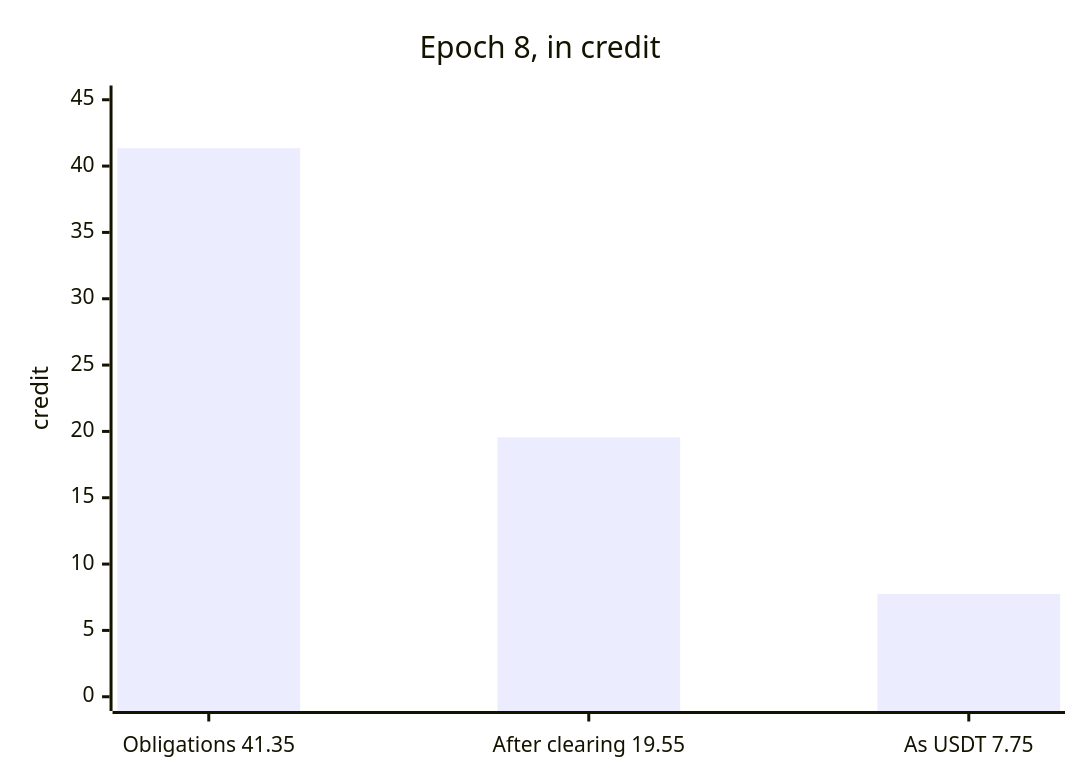
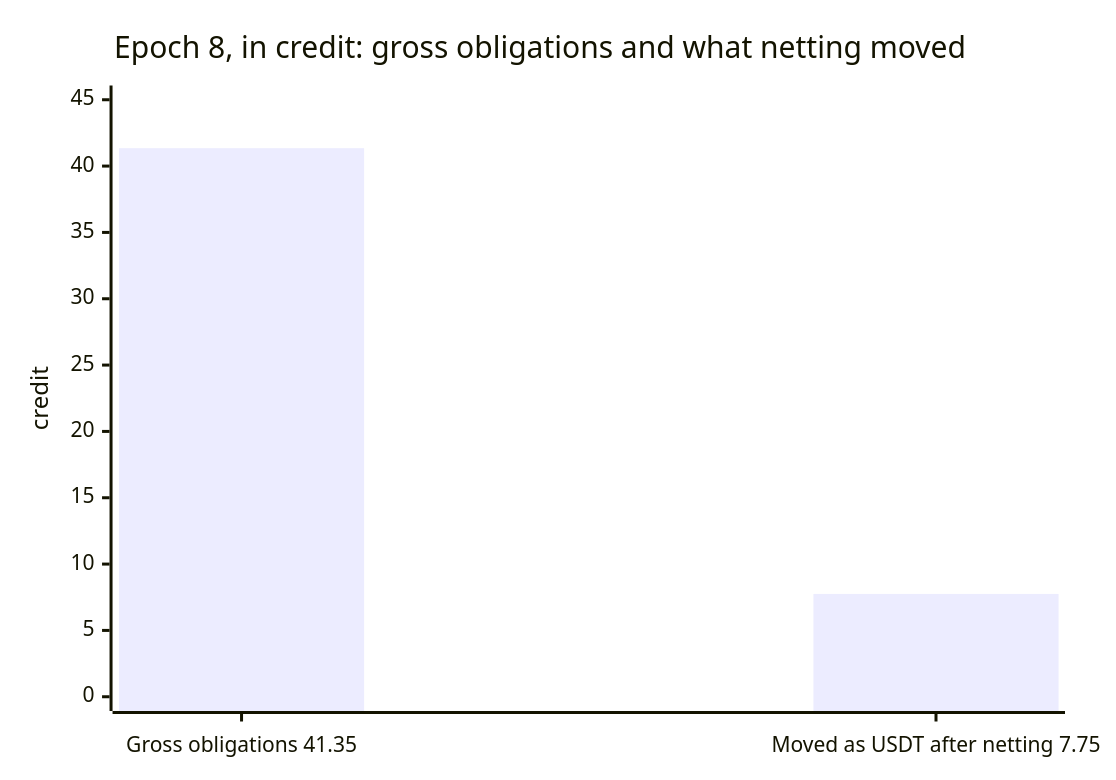
One commit to x207-labs/x207 changed the second of 2 diagrams in README.md. Above: the diagram before and after it, drawn with Mermaid. The commit also changed other lines of this file and 11 other files, not shown here.

Commit message:
UM-152: attribute the cash saving to netting, cycle clearing to the gross record; epoch 16 as the example without a solver

````diff
--- a/README.md
+++ b/README.md
@@ -63,7 +63,7 @@
 ```mermaid
 xychart-beta
-  title "Epoch 8, in credit"
-  x-axis ["Obligations 41.35", "After clearing 19.55", "As USDT 7.75"]
+  title "Epoch 8, in credit: gross obligations and what netting moved"
+  x-axis ["Gross obligations 41.35", "Moved as USDT after netting 7.75"]
   y-axis "credit" 0 --> 45
-  bar [41.35, 19.55, 7.75]
+  bar [41.35, 7.75]
 ```
````
